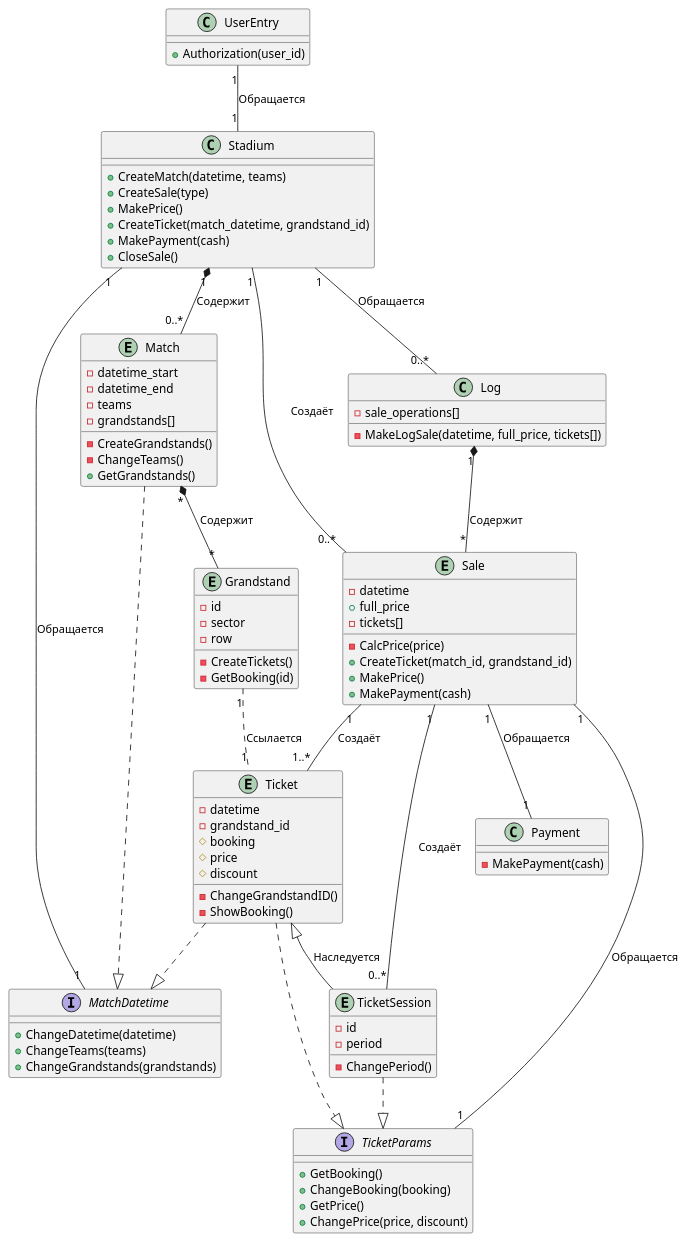
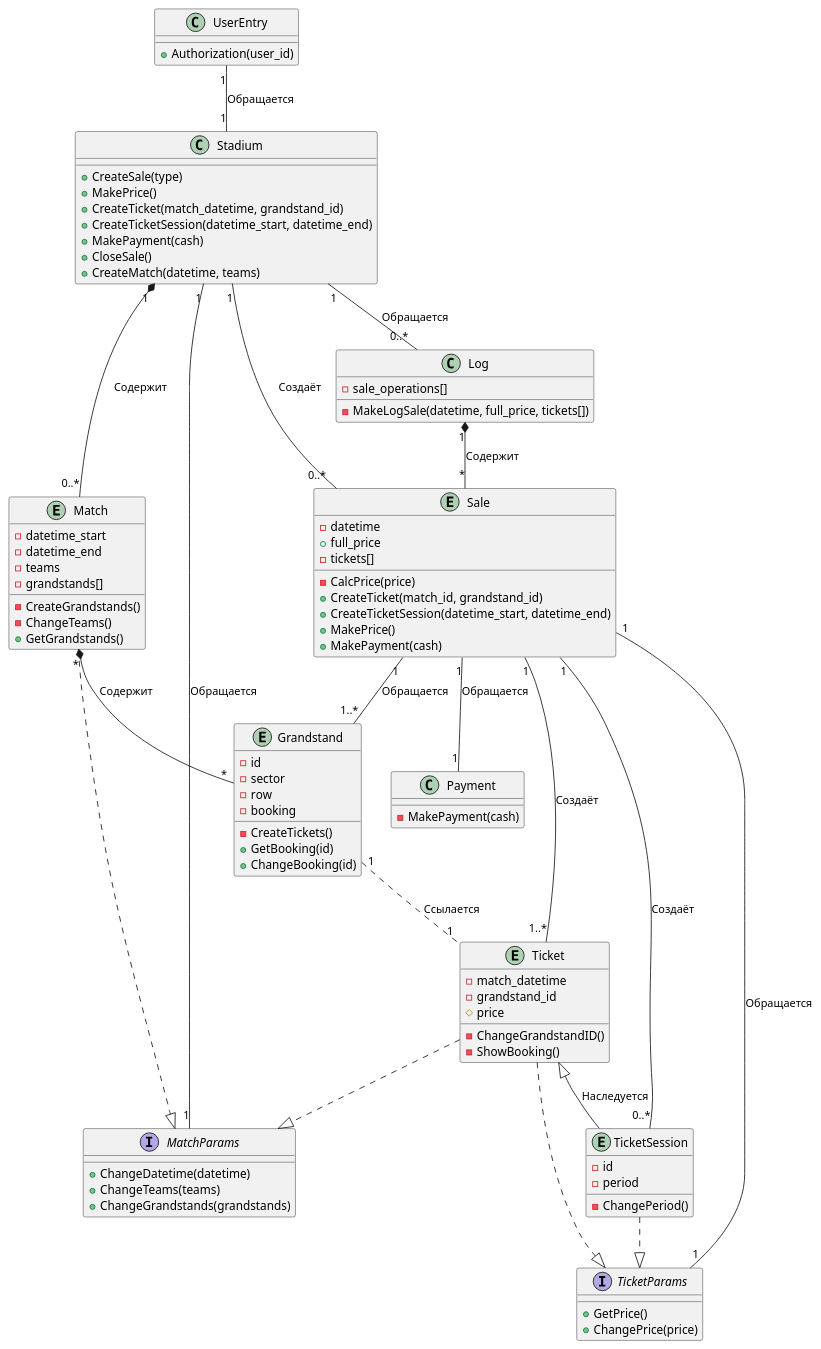
Before and after one commit to penamarth/bsbo-03-23_team4_var10_football: the diagram in Модель предметной области.md, drawn with PlantUML. The commit also changed 2 other files, not shown here.

Commit message:
Добавление диаграммы продажи абонемента + фикс диаграммы продажи билетов + фикс модели предметной области

```diff
--- a/Модель предметной области.md
+++ b/Модель предметной области.md
@@ -6,12 +6,13 @@
 }
 class Stadium
 {
-    + CreateMatch(datetime, teams)
     + CreateSale(type)
     + MakePrice()
     + CreateTicket(match_datetime, grandstand_id)
+    + CreateTicketSession(datetime_start, datetime_end)
     + MakePayment(cash)
     + CloseSale()
+    + CreateMatch(datetime, teams)
 }
 entity Match
 {
@@ -28,16 +29,16 @@
     - id
     - sector
     - row
+    - booking
     - CreateTickets()
-    - GetBooking(id)
+    + GetBooking(id)
+    + ChangeBooking(id)
 }
 entity Ticket
 {
-    - datetime
+    - match_datetime
     - grandstand_id
-    # booking
     # price
-    # discount
     - ChangeGrandstandID()
     - ShowBooking()
 }
@@ -54,6 +55,7 @@
     - tickets[]
     - CalcPrice(price)
     + CreateTicket(match_id, grandstand_id)
+    + CreateTicketSession(datetime_start, datetime_end)
     + MakePrice()
     + MakePayment(cash)
 }
@@ -68,7 +70,7 @@
 }
 
 
-interface MatchDatetime
+interface MatchParams
 {
     + ChangeDatetime(datetime)
     + ChangeTeams(teams)
@@ -76,17 +78,15 @@
 }
 interface TicketParams
 {
-    + GetBooking()
-    + ChangeBooking(booking)
     + GetPrice()
-    + ChangePrice(price, discount)
+    + ChangePrice(price)
 }
 
 UserEntry "1" -- "1" Stadium : Обращается
 Stadium "1" *-- "0..*" Match : Содержит
 Stadium "1" -- "0..*" Sale : Создаёт
 Stadium "1" -- "0..*" Log : Обращается
-Stadium "1" -- "1" MatchDatetime : Обращается
+Stadium "1" -- "1" MatchParams: Обращается
 
 Match "*" *-- "*" Grandstand : Содержит
 Ticket <|-- TicketSession : Наследуется
@@ -96,11 +96,12 @@
 Sale "1" -- "1..*" Ticket : Создаёт
 Sale "1" -- "0..*" TicketSession : Создаёт
 Sale "1" -- "1" TicketParams : Обращается
+Sale "1" -- "1..*" Grandstand : Обращается
 
 Log "1" *-- "*" Sale : Содержит
 
-Match ..|> MatchDatetime
-Ticket ..|> MatchDatetime
+Match ..|> MatchParams
+Ticket ..|> MatchParams
 
 Ticket ..|> TicketParams
 TicketSession ..|> TicketParams
```
